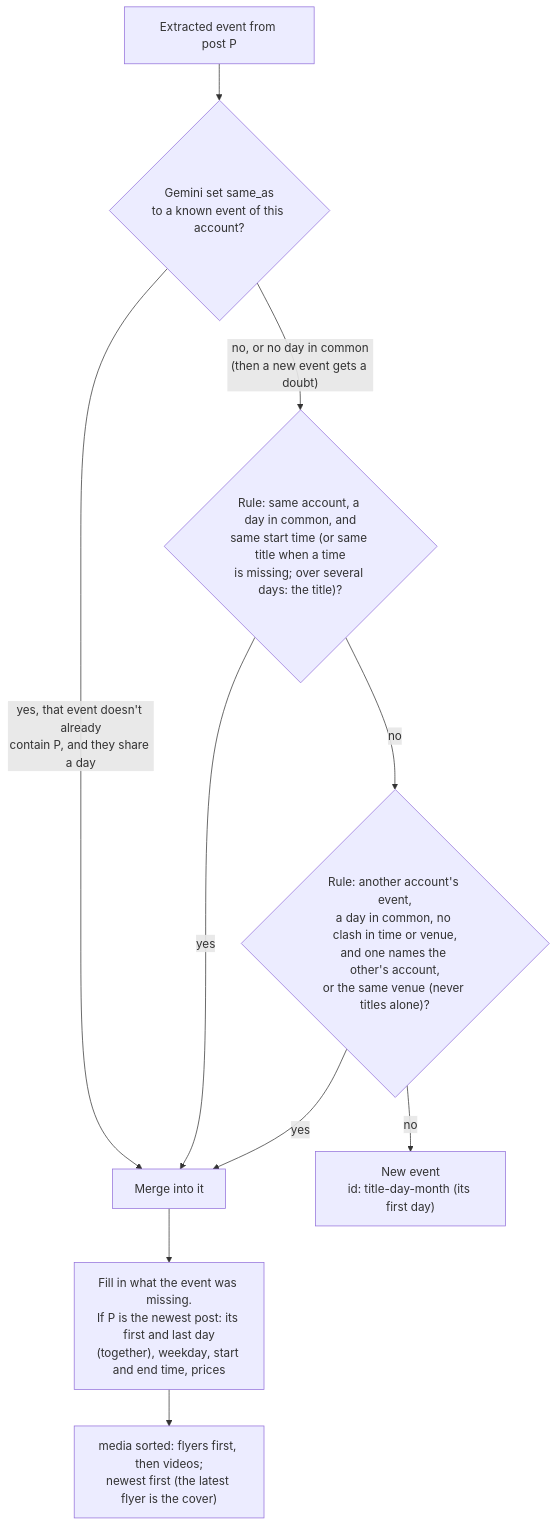
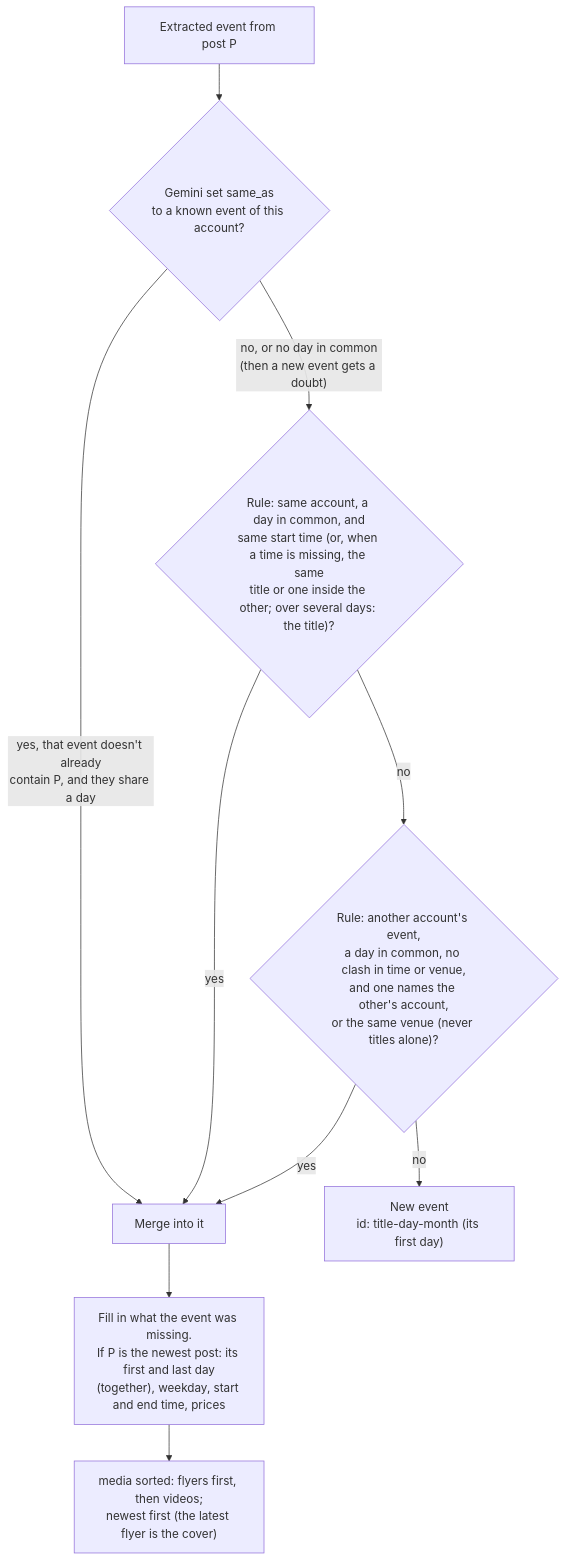
The sixth of 12 diagrams in docs/ARCHITECTURE.md (pa-bailar/backend), drawn with Mermaid before and after one commit. The commit also changed other lines of this file and 7 other files, not shown here.

First line of the commit message:
fix: one title inside the other is the same event; stored duplicates repaired on every run; possible duplicates listed for review

````diff
--- a/docs/ARCHITECTURE.md
+++ b/docs/ARCHITECTURE.md
@@ -801,12 +801,12 @@
 ```mermaid
 flowchart TD
     C["Extracted event from post P"] --> L{"Gemini set same_as<br/>to a known event of this account?"}
     L -->|"yes, that event doesn't already<br/>contain P, and they share a day"| MERGE["Merge into it"]
-    L -->|"no, or no day in common<br/>(then a new event gets a doubt)"| RULE{"Rule: same account, a day in common, and<br/>same start time (or same title when a time<br/>is missing; over several days: the title)?"}
+    L -->|"no, or no day in common<br/>(then a new event gets a doubt)"| RULE{"Rule: same account, a day in common, and<br/>same start time (or, when a time is missing, the same<br/>title or one inside the other; over several days: the title)?"}
     RULE -->|yes| MERGE
     RULE -->|no| SHARED{"Rule: another account's event,<br/>a day in common, no clash in time or venue,<br/>and one names the other's account,<br/>or the same venue (never titles alone)?"}
     SHARED -->|yes| MERGE
     SHARED -->|no| NEW["New event<br/>id: title-day-month (its first day)"]
     MERGE --> F["Fill in what the event was missing.<br/>If P is the newest post: its first and last day<br/>(together), weekday, start and end time, prices"]
     F --> O["media sorted: flyers first, then videos;<br/>newest first (the latest flyer is the cover)"]
 ```
````
